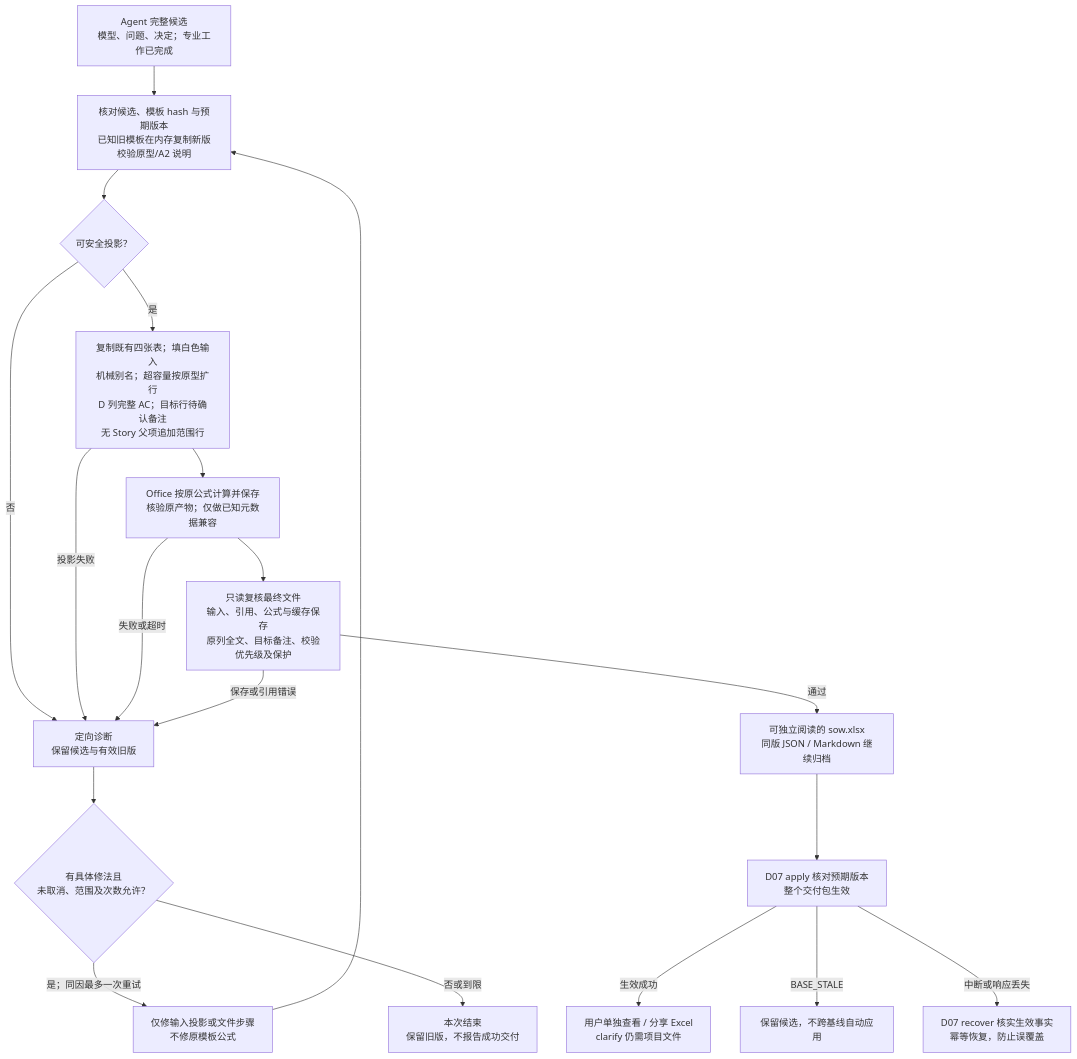
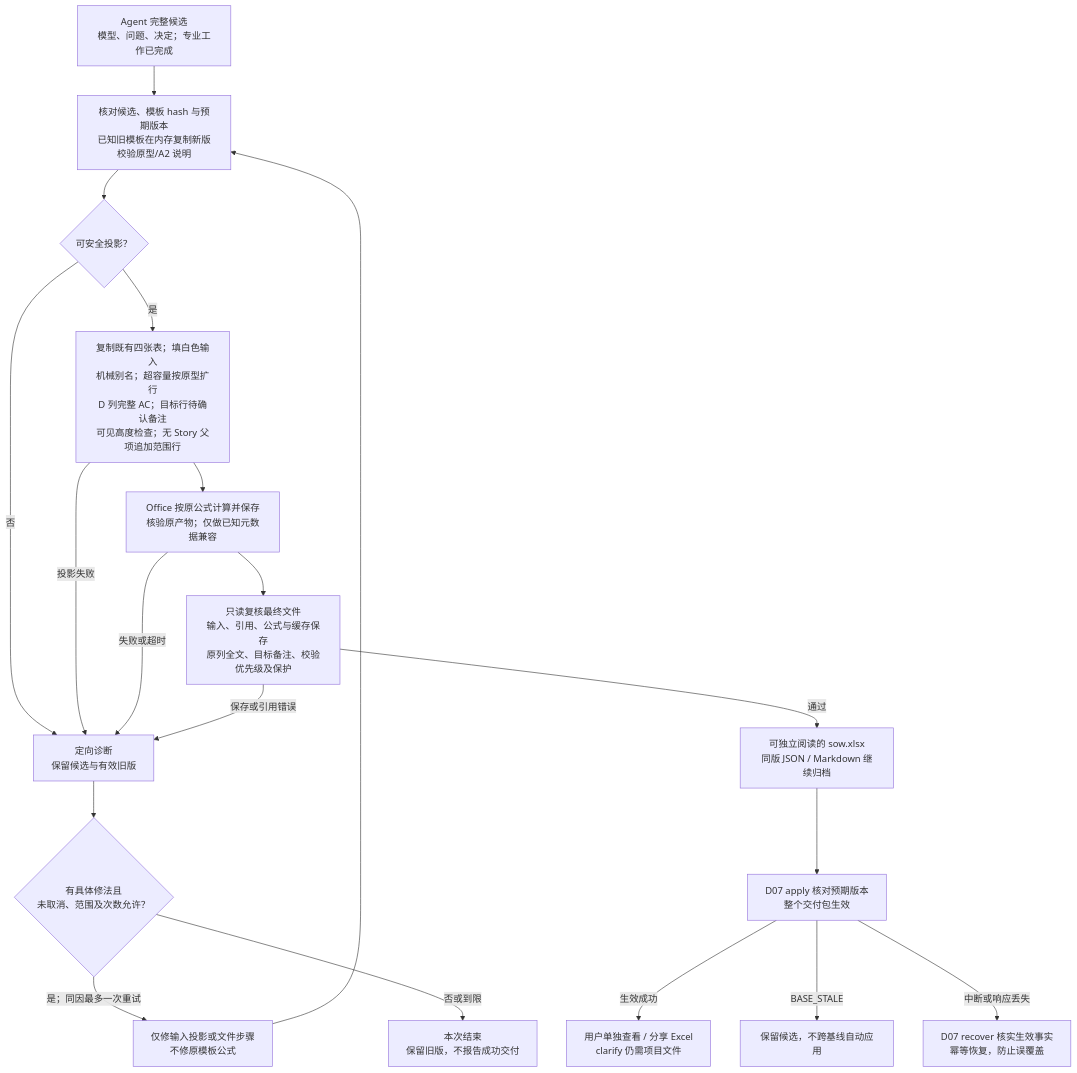
Before and after one commit to InspireChina/ai-plugin-marketplace: the diagram in plugins/ai-sow-lite/docs/design/detailed/D06-excel-projection-and-delivery.md, drawn with Mermaid. The commit also changed other lines of this file and 12 other files, not shown here.

````diff
--- a/plugins/ai-sow-lite/docs/design/detailed/D06-excel-projection-and-delivery.md
+++ b/plugins/ai-sow-lite/docs/design/detailed/D06-excel-projection-and-delivery.md
@@ -199,21 +200,21 @@
 ```mermaid
 flowchart TD
     A["Agent 完整候选<br/>模型、问题、决定；专业工作已完成"] --> B["核对候选、模板 hash 与预期版本<br/>已知旧模板在内存复制新版校验原型/A2 说明"]
     B --> C{"可安全投影？"}
     C -->|否| F["定向诊断<br/>保留候选与有效旧版"]
-    C -->|是| D["复制既有四张表；填白色输入<br/>机械别名；超容量按原型扩行<br/>D 列完整 AC；目标行待确认备注<br/>无 Story 父项追加范围行"]
+    C -->|是| D["复制既有四张表；填白色输入<br/>机械别名；超容量按原型扩行<br/>D 列完整 AC；目标行待确认备注<br/>可见高度检查；无 Story 父项追加范围行"]
     D --> O["Office 按原公式计算并保存<br/>核验原产物；仅做已知元数据兼容"]
     O --> V["只读复核最终文件<br/>输入、引用、公式与缓存保存<br/>原列全文、目标备注、校验优先级及保护"]
     D -->|投影失败| F
     O -->|失败或超时| F
     V -->|保存或引用错误| F
     F --> R{"有具体修法且<br/>未取消、范围及次数允许？"}
     R -->|是；同因最多一次重试| Q["仅修输入投影或文件步骤<br/>不修原模板公式"]
     Q --> B
     R -->|否或到限| E["本次结束<br/>保留旧版，不报告成功交付"]
     V -->|通过| P["可独立阅读的 sow.xlsx<br/>同版 JSON / Markdown 继续归档"]
     P --> S["D07 apply 核对预期版本<br/>整个交付包生效"]
     S -->|生效成功| U["用户单独查看 / 分享 Excel<br/>clarify 仍需项目文件"]
     S -->|BASE_STALE| K["保留候选，不跨基线自动应用"]
     S -->|中断或响应丢失| H["D07 recover 核实生效事实<br/>幂等恢复，防止误覆盖"]
 ```
````
